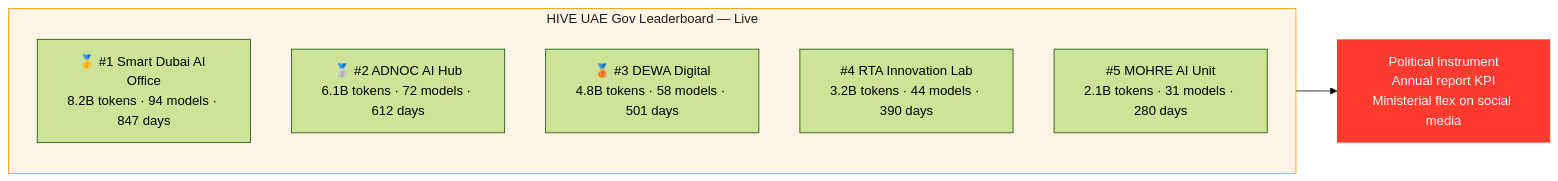
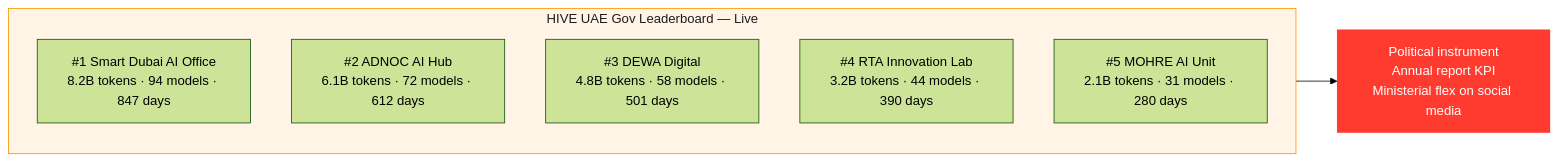
Before and after one commit to vishalm/hivehq: the eighth of 10 diagrams in docs/deployment.md, drawn with Mermaid (forest theme). The commit also changed other lines of this file and 6 other files, not shown here.

````diff
--- a/docs/deployment.md
+++ b/docs/deployment.md
@@ -268,18 +268,18 @@
 ```mermaid
 graph LR
     subgraph LB ["HIVE UAE Gov Leaderboard — Live"]
         direction TB
-        R1["🥇 #1 Smart Dubai AI Office\n8.2B tokens · 94 models · 847 days"]
-        R2["🥈 #2 ADNOC AI Hub\n6.1B tokens · 72 models · 612 days"]
-        R3["🥉 #3 DEWA Digital\n4.8B tokens · 58 models · 501 days"]
+        R1["#1 Smart Dubai AI Office\n8.2B tokens · 94 models · 847 days"]
+        R2["#2 ADNOC AI Hub\n6.1B tokens · 72 models · 612 days"]
+        R3["#3 DEWA Digital\n4.8B tokens · 58 models · 501 days"]
         R4["#4 RTA Innovation Lab\n3.2B tokens · 44 models · 390 days"]
         R5["#5 MOHRE AI Unit\n2.1B tokens · 31 models · 280 days"]
     end
 
     POL["Political instrument\nAnnual report KPI\nMinisterial flex on social media"]
 
     LB --> POL
 
     style LB fill:#FFF4E5,stroke:#FF9500,color:#1D1D1F
     style POL fill:#FF3B30,color:#fff,stroke:none
 ```
````
